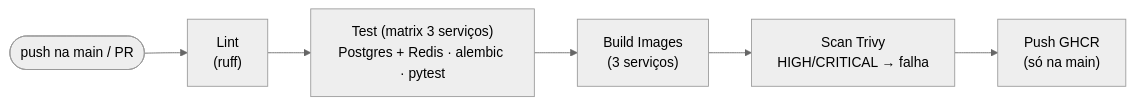
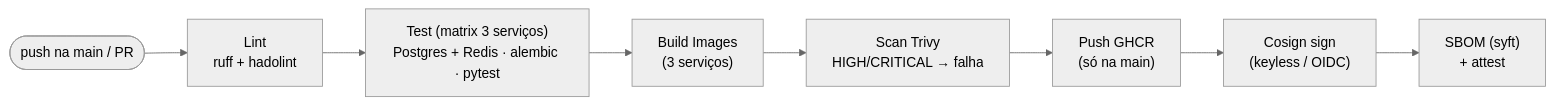
One commit to andersonmoura87/microservices-fastapi-platform changed the third of 3 diagrams in microservices-fastapi-platform/README.md. Above: the diagram before and after it, drawn with Mermaid (neutral theme). The commit also changed other lines of this file and 20 other files, not shown here.

````diff
--- a/microservices-fastapi-platform/README.md
+++ b/microservices-fastapi-platform/README.md
@@ -244,8 +260,10 @@
 ```mermaid
 flowchart LR
-    push(["push na main / PR"]) --> lint["Lint<br/>(ruff)"]
+    push(["push na main / PR"]) --> lint["Lint<br/>ruff + hadolint"]
     lint --> test["Test (matrix 3 serviços)<br/>Postgres + Redis · alembic · pytest"]
     test --> build["Build Images<br/>(3 serviços)"]
     build --> scan["Scan Trivy<br/>HIGH/CRITICAL → falha"]
-    scan --> push_ghcr["Push GHCR<br/>(só na main)"]
+    scan --> pushimg["Push GHCR<br/>(só na main)"]
+    pushimg --> sign["Cosign sign<br/>(keyless / OIDC)"]
+    sign --> sbom["SBOM (syft)<br/>+ attest"]
 ```
````
